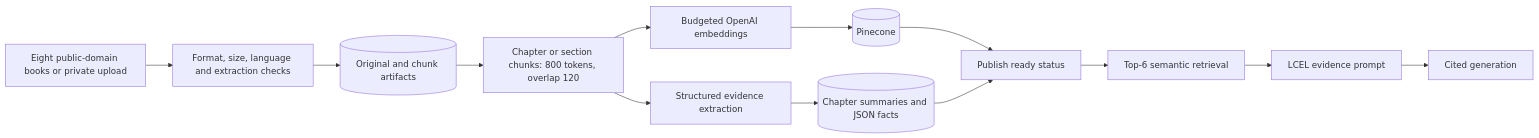
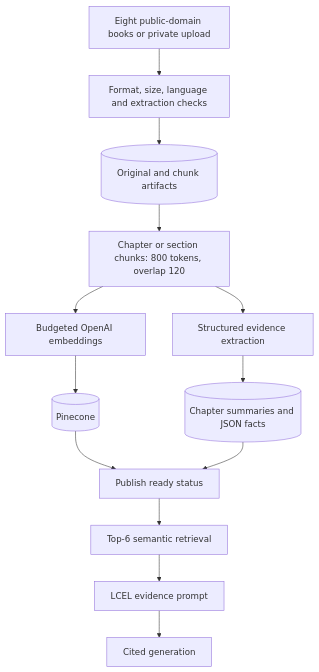
The second of 4 diagrams in docs/architecture.md (Arya-Wadhwani07/book_reader), drawn with Mermaid before and after one commit. The commit also changed other lines of this file and 6 other files, not shown here.

````diff
--- a/docs/architecture.md
+++ b/docs/architecture.md
@@ -57,15 +59,15 @@
 ```mermaid
-flowchart LR
+flowchart TB
     B[Eight public-domain books or private upload] --> V[Format, size, language and extraction checks]
     V --> A[(Original and chunk artifacts)]
     A --> C[Chapter or section chunks: 800 tokens, overlap 120]
     C --> E[Budgeted OpenAI embeddings]
     E --> P[(Pinecone)]
     C --> X[Structured evidence extraction]
     X --> J[(Chapter summaries and JSON facts)]
     P --> READY[Publish ready status]
     J --> READY
     READY --> RET[Top-6 semantic retrieval]
     RET --> AUG[LCEL evidence prompt]
     AUG --> GEN[Cited generation]
 ```
````
